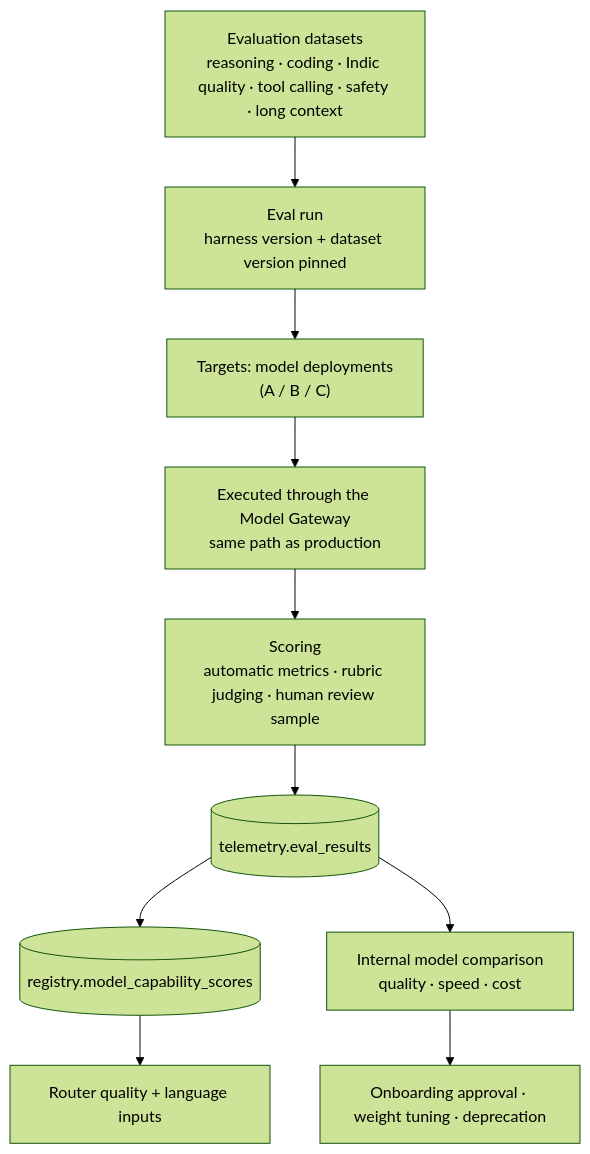
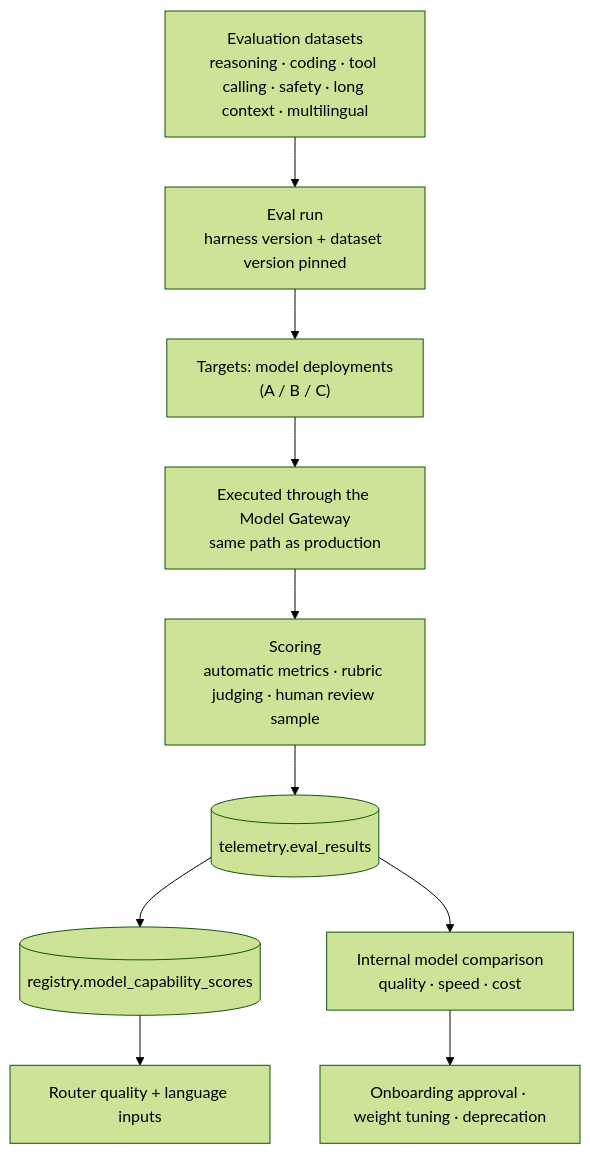
The diagram in docs/observability.md (unimbekar/janus-ai), drawn with Mermaid (forest theme) before and after one commit. The commit also changed other lines of this file and 117 other files, not shown here.

````diff
--- a/docs/observability.md
+++ b/docs/observability.md
@@ -192,13 +192,13 @@
 ```mermaid
 flowchart TB
-  DS["Evaluation datasets<br/>reasoning · coding · Indic quality · tool calling · safety · long context"]
+  DS["Evaluation datasets<br/>reasoning · coding · tool calling · safety · long context · multilingual"]
   DS --> RUN["Eval run<br/>harness version + dataset version pinned"]
   RUN --> TGT["Targets: model deployments<br/>(A / B / C)"]
   TGT --> GW["Executed through the Model Gateway<br/>same path as production"]
   GW --> SCORE["Scoring<br/>automatic metrics · rubric judging · human review sample"]
   SCORE --> RES[("telemetry.eval_results")]
   RES --> CAP[("registry.model_capability_scores")]
   CAP --> ROUTER["Router quality + language inputs"]
   RES --> ARENA["Internal model comparison<br/>quality · speed · cost"]
   ARENA --> DEC["Onboarding approval · weight tuning · deprecation"]
 ```
````
